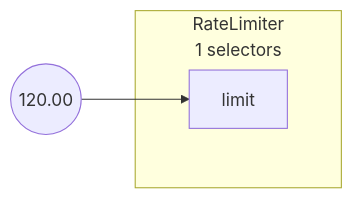
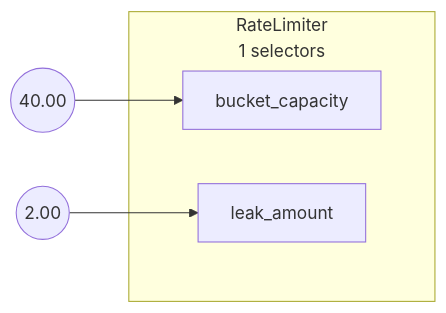
One commit to fluxninja/aperture changed the diagram in docs/content/applying-policies/rate-limiting/assets/static-rate-limiting/static-rate-limiting.mmd. Above: the diagram before and after it, drawn with Mermaid. The commit also changed 87 other files, not shown here.

```diff
--- a/docs/content/applying-policies/rate-limiting/assets/static-rate-limiting/static-rate-limiting.mmd
+++ b/docs/content/applying-policies/rate-limiting/assets/static-rate-limiting/static-rate-limiting.mmd
@@ -1,9 +1,12 @@
 flowchart LR
 subgraph root.0[<center>RateLimiter<br/>1 selectors</center>]
 subgraph root.0_inports[ ]
 style root.0_inports fill:none,stroke:none
-root.0limit[limit]
+root.0bucket_capacity[bucket_capacity]
+root.0leak_amount[leak_amount]
 end
 end
-root.0_limit_FakeConstantout((120.00))
-root.0_limit_FakeConstantout --> root.0limit
+root.0_bucket_capacity_FakeConstantout((40.00))
+root.0_leak_amount_FakeConstantout((2.00))
+root.0_bucket_capacity_FakeConstantout --> root.0bucket_capacity
+root.0_leak_amount_FakeConstantout --> root.0leak_amount
```
